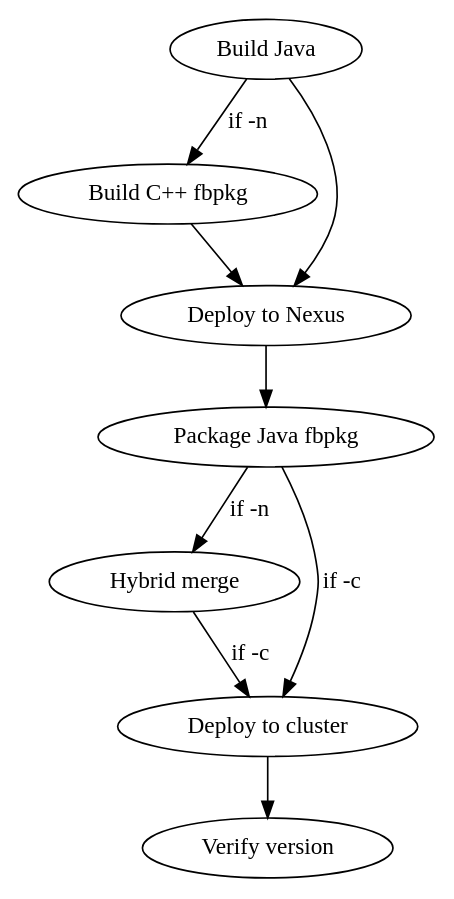
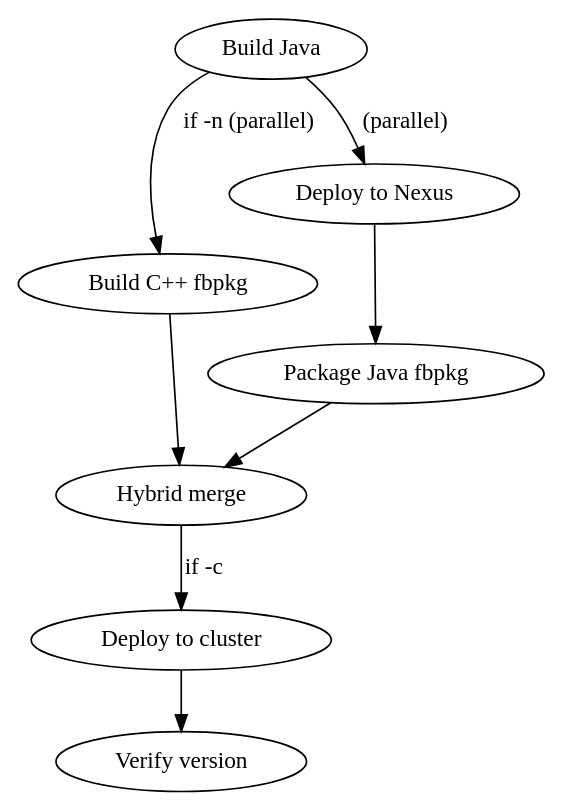
The diagram in agent_config/skills/presto-deploy/SKILL.md (mkarrmann/dotfiles), drawn with Graphviz before and after one commit. The commit also changed other lines of this file and 1 other file, not shown here.

Commit message:
improve presto deploy and build stuff

````diff
--- a/agent_config/skills/presto-deploy/SKILL.md
+++ b/agent_config/skills/presto-deploy/SKILL.md
@@ -34,12 +91,11 @@
 ```dot
 digraph deploy {
-  "Build Java" -> "Build C++ fbpkg" [label="if -n"];
-  "Build Java" -> "Deploy to Nexus";
-  "Build C++ fbpkg" -> "Deploy to Nexus";
+  "Build Java" -> "Build C++ fbpkg" [label="if -n (parallel)"];
+  "Build Java" -> "Deploy to Nexus" [label="(parallel)"];
+  "Build C++ fbpkg" -> "Hybrid merge";
   "Deploy to Nexus" -> "Package Java fbpkg";
-  "Package Java fbpkg" -> "Hybrid merge" [label="if -n"];
-  "Package Java fbpkg" -> "Deploy to cluster" [label="if -c"];
+  "Package Java fbpkg" -> "Hybrid merge";
   "Hybrid merge" -> "Deploy to cluster" [label="if -c"];
   "Deploy to cluster" -> "Verify version";
 }
 ```
````
